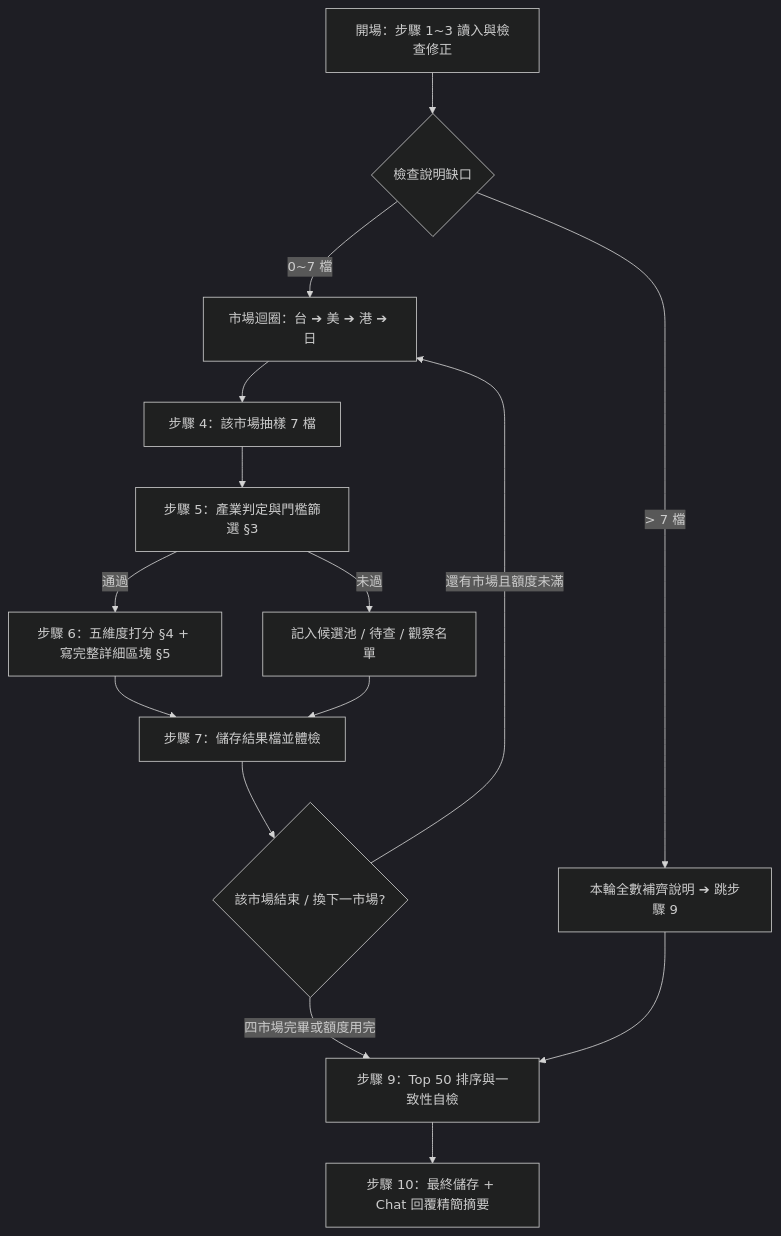
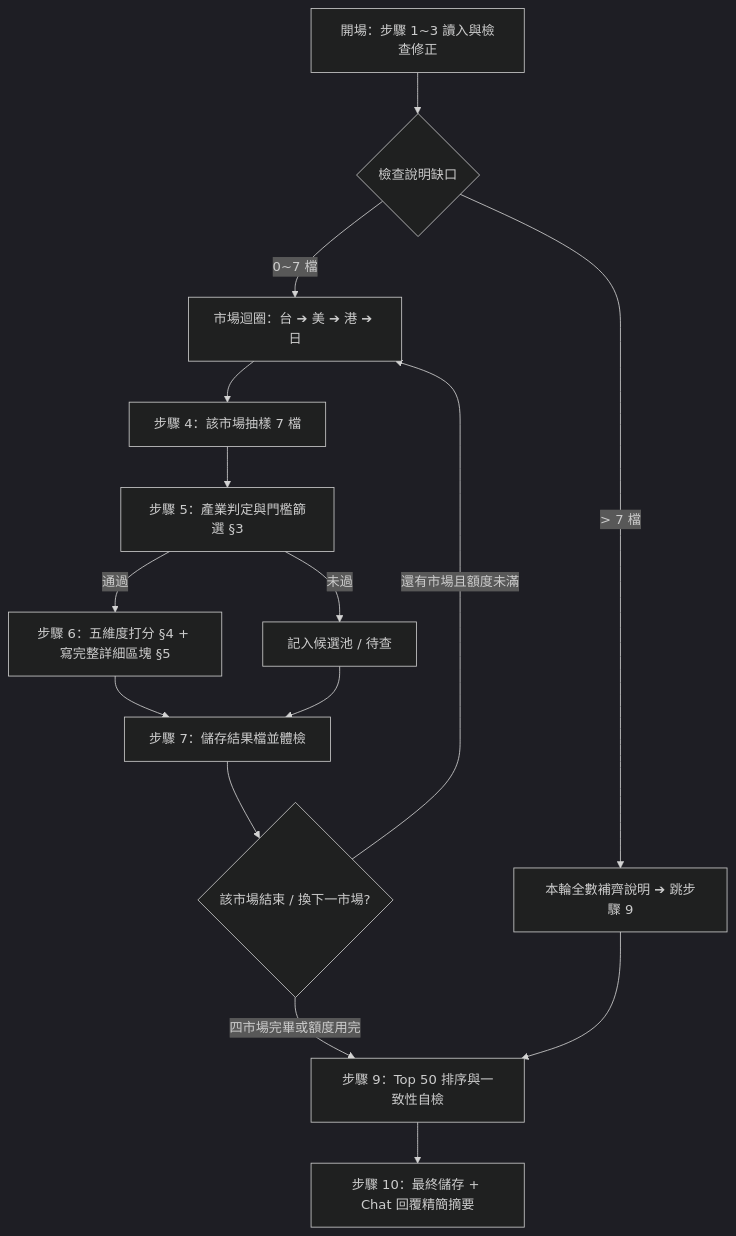
One commit to a9303001/FinancialReport changed the diagram in Routines_StkScreener_gemini.md. Above: the diagram before and after it, drawn with Mermaid (dark theme). The commit also changed other lines of this file and 1 other file, not shown here.

````diff
--- a/Routines_StkScreener_gemini.md
+++ b/Routines_StkScreener_gemini.md
@@ -35,17 +35,17 @@
 ```mermaid
 graph TD
     A[開場：步驟 1~3 讀入與檢查修正] --> B{檢查說明缺口}
     B -->|> 7 檔| C[本輪全數補齊說明 ➔ 跳步驟 9]
     B -->|0~7 檔| D[市場迴圈：台 ➔ 美 ➔ 港 ➔ 日]
     D --> E[步驟 4：該市場抽樣 7 檔]
     E --> F[步驟 5：產業判定與門檻篩選 §3]
     F -->|通過| G[步驟 6：五維度打分 §4 + 寫完整詳細區塊 §5]
-    F -->|未過| H[記入候選池 / 待查 / 觀察名單]
+    F -->|未過| H[記入候選池 / 待查]
     G --> I[步驟 7：儲存結果檔並體檢]
     H --> I
     I --> J{該市場結束 / 換下一市場?}
     J -->|還有市場且額度未滿| D
     J -->|四市場完畢或額度用完| K[步驟 9：Top 50 排序與一致性自檢]
     C --> K
     K --> L[步驟 10：最終儲存 + Chat 回覆精簡摘要]
 ```
````
